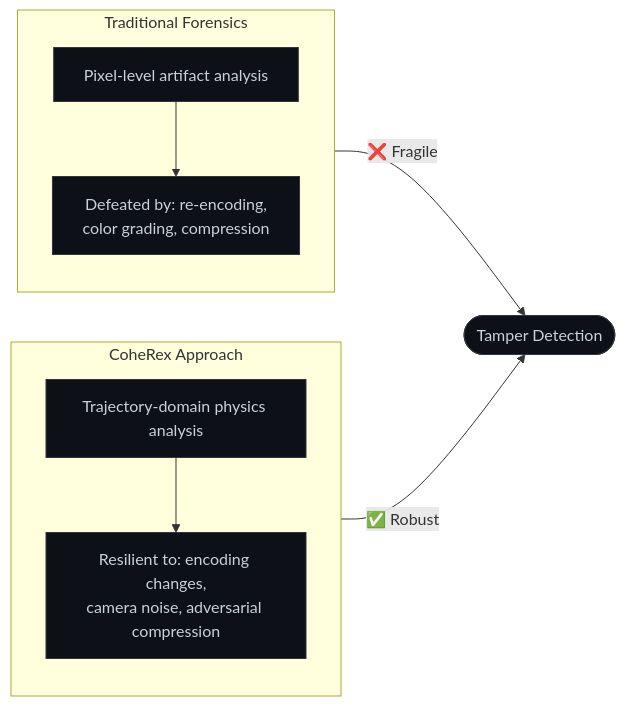
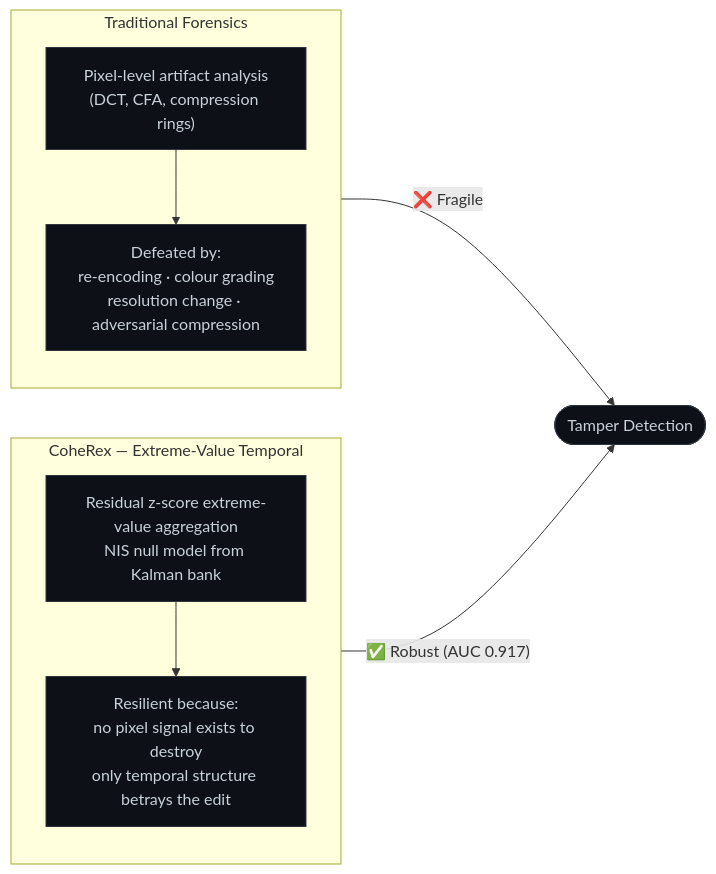
Before and after one commit to yashwanth-maram/CoheRex_: the third of 3 diagrams in README.md, drawn with Mermaid. The commit also changed other lines of this file, not shown here.

First line of the commit message:
docs: rewrite README with authentic paper data from CoheRex (2025)

````diff
--- a/README.md
+++ b/README.md
@@ -566,21 +551,21 @@
 ```mermaid
 flowchart LR
     subgraph Pixel["  Traditional Forensics  "]
         direction TB
-        p1["Pixel-level artifact analysis"]
-        p2["Defeated by: re-encoding,\ncolor grading, compression"]
+        p1["Pixel-level artifact analysis\n(DCT, CFA, compression rings)"]
+        p2["Defeated by:\nre-encoding · colour grading\nresolution change · adversarial compression"]
         p1 --> p2
     end
 
-    subgraph Trajectory["  CoheRex Approach  "]
+    subgraph CoheRex["  CoheRex — Extreme-Value Temporal  "]
         direction TB
-        t1["Trajectory-domain physics analysis"]
-        t2["Resilient to: encoding changes,\ncamera noise, adversarial compression"]
+        t1["Residual z-score extreme-value aggregation\nNIS null model from Kalman bank"]
+        t2["Resilient because:\nno pixel signal exists to destroy\nonly temporal structure betrays the edit"]
         t1 --> t2
     end
 
     Pixel -- "❌ Fragile" --> X(["Tamper Detection"])
-    Trajectory -- "✅ Robust" --> X
+    CoheRex -- "✅ Robust (AUC 0.917)" --> X
 
     classDef default fill:#0d1117,stroke:#30363d,color:#c9d1d9
 ```
````
